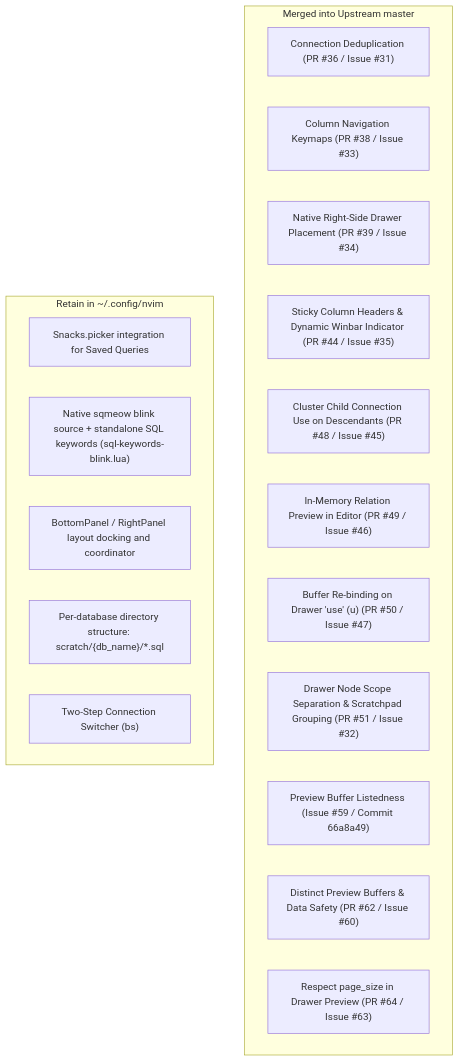
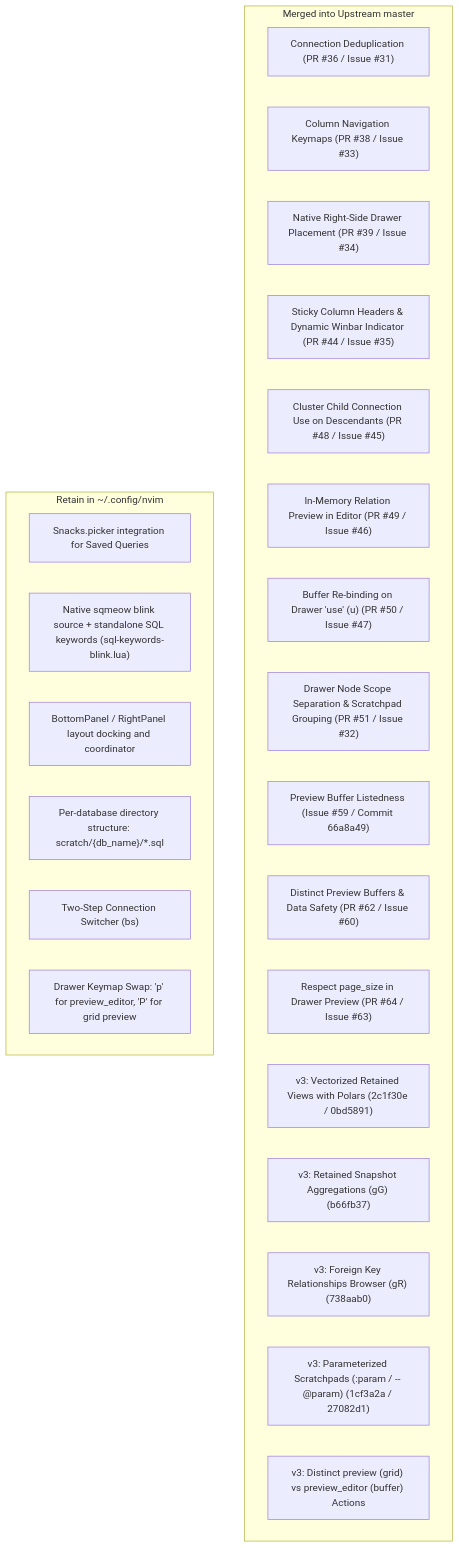
Before and after one commit to george-tk/nvim: the diagram in database_agent.md, drawn with Mermaid. The commit also changed other lines of this file and 2 other files, not shown here.

Commit message:
feat(database): update sqmeow to v3.0.0 and configure preview keymaps

````diff
--- a/database_agent.md
+++ b/database_agent.md
@@ -36,24 +36,30 @@
 ```mermaid
 flowchart TD
     subgraph Resolved Upstream [Merged into Upstream master]
         A["Connection Deduplication (PR #36 / Issue #31)"]
         C["Column Navigation Keymaps (PR #38 / Issue #33)"]
         I["Native Right-Side Drawer Placement (PR #39 / Issue #34)"]
         D["Sticky Column Headers & Dynamic Winbar Indicator (PR #44 / Issue #35)"]
         J["Cluster Child Connection Use on Descendants (PR #48 / Issue #45)"]
         K["In-Memory Relation Preview in Editor (PR #49 / Issue #46)"]
         L["Buffer Re-binding on Drawer 'use' (u) (PR #50 / Issue #47)"]
         B["Drawer Node Scope Separation & Scratchpad Grouping (PR #51 / Issue #32)"]
         N["Preview Buffer Listedness (Issue #59 / Commit 66a8a49)"]
         O["Distinct Preview Buffers & Data Safety (PR #62 / Issue #60)"]
         P["Respect page_size in Drawer Preview (PR #64 / Issue #63)"]
+        Q["v3: Vectorized Retained Views with Polars (2c1f30e / 0bd5891)"]
+        R["v3: Retained Snapshot Aggregations (gG) (b66fb37)"]
+        S["v3: Foreign Key Relationships Browser (gR) (738aab0)"]
+        T["v3: Parameterized Scratchpads (:param / -- @param) (1cf3a2a / 27082d1)"]
+        U["v3: Distinct preview (grid) vs preview_editor (buffer) Actions"]
     end
 
     subgraph User Config Integrations [Retain in ~/.config/nvim]
         E["Snacks.picker integration for Saved Queries"]
         F["Native sqmeow blink source + standalone SQL keywords (sql-keywords-blink.lua)"]
         G["BottomPanel / RightPanel layout docking and coordinator"]
         H["Per-database directory structure: scratch/{db_name}/*.sql"]
         M["Two-Step Connection Switcher (<leader>bs)"]
+        V["Drawer Keymap Swap: 'p' for preview_editor, 'P' for grid preview"]
     end
 ```
````
